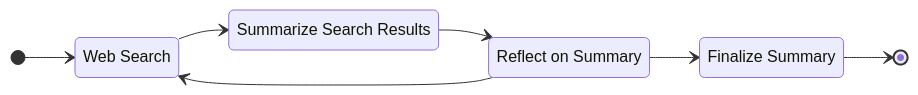
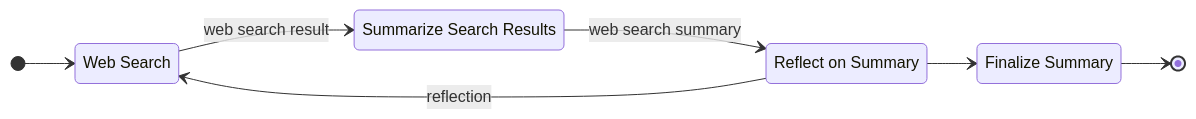
Before and after one commit to lars20070/deepresearcher2: the diagram in README.md, drawn with Mermaid.

Commit message:
label arrows

````diff
--- a/README.md
+++ b/README.md
@@ -21,14 +21,14 @@
 ``` mermaid
 stateDiagram-v2
     direction LR
     WebSearch: Web Search
     SummarizeSearchResults: Summarize Search Results
     ReflectOnSummary: Reflect on Summary
     FinalizeSummary: Finalize Summary
     [*] --> WebSearch
-    WebSearch --> SummarizeSearchResults
-    SummarizeSearchResults --> ReflectOnSummary
-    ReflectOnSummary --> WebSearch
+    WebSearch --> SummarizeSearchResults: web search result
+    SummarizeSearchResults --> ReflectOnSummary: web search summary
+    ReflectOnSummary --> WebSearch: reflection
     ReflectOnSummary --> FinalizeSummary
     FinalizeSummary --> [*]
 ```
````
